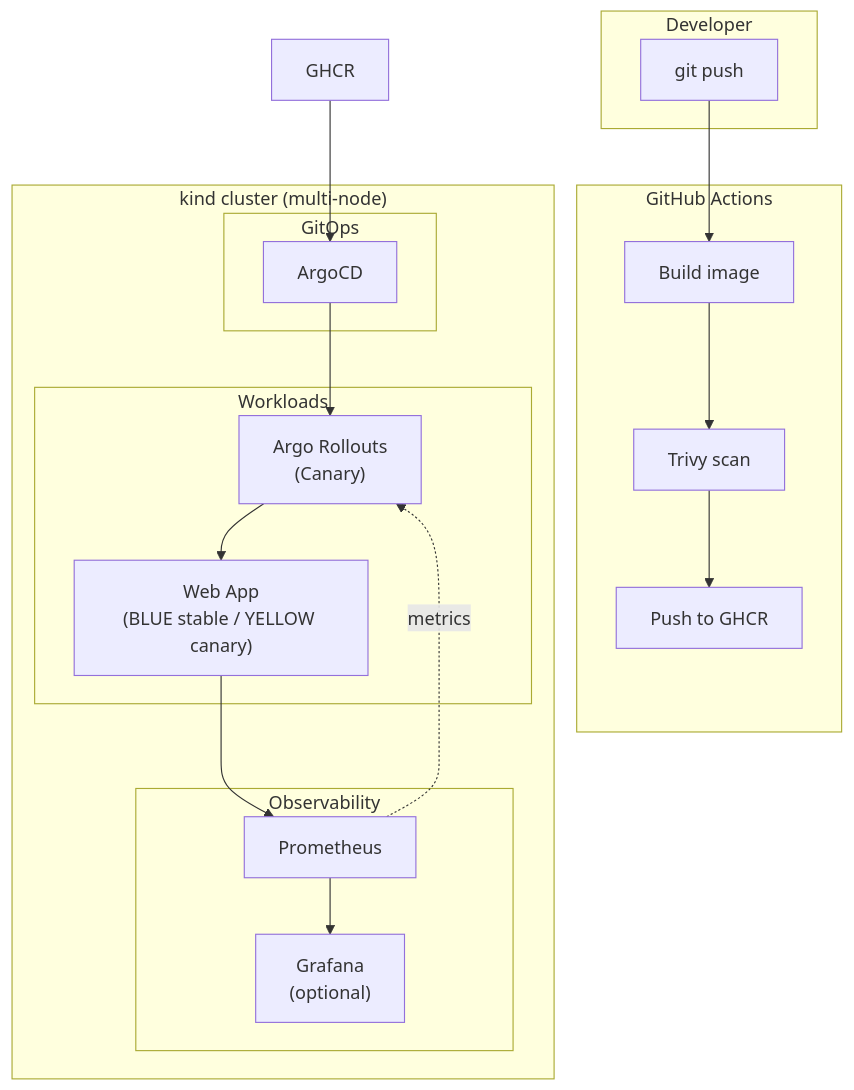
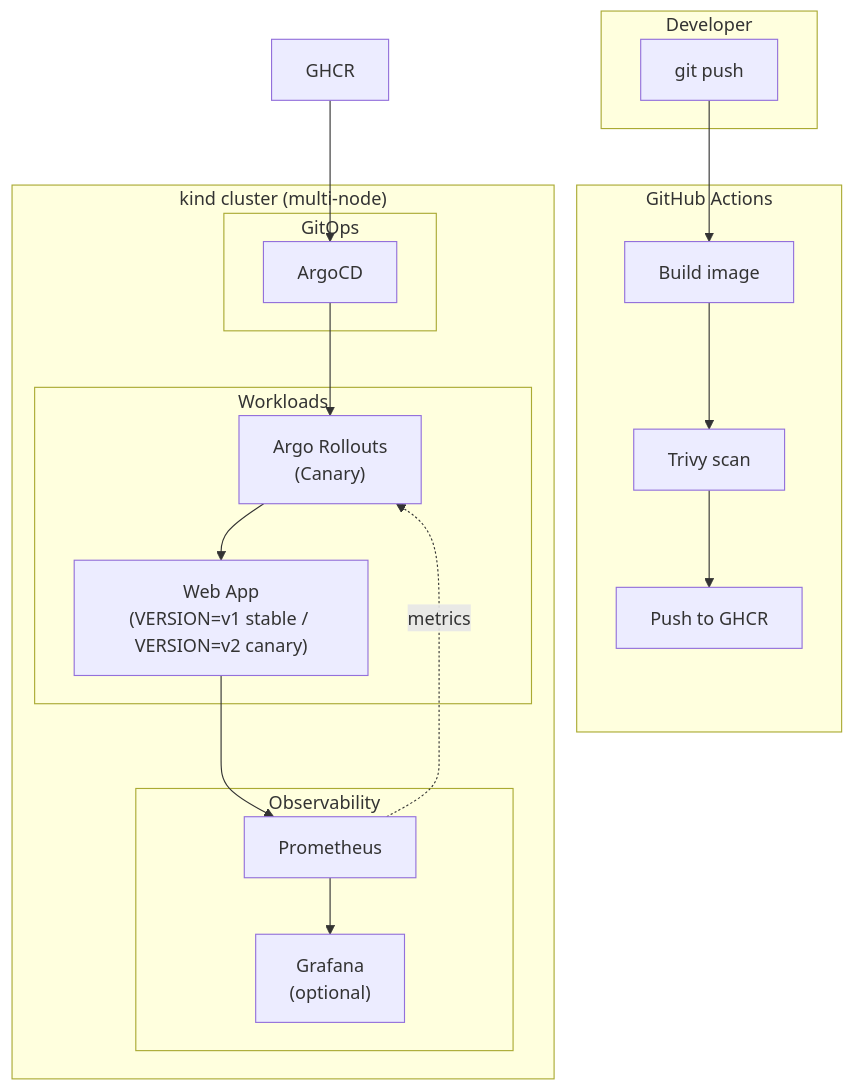
One commit to bullet-ant/k8s-canary-delivery-platform changed the first of 2 diagrams in requirements.md. Above: the diagram before and after it, drawn with Mermaid. The commit also changed other lines of this file and 9 other files, not shown here.

First line of the commit message:
feat: update canary demo to use version-based traffic visualization

````diff
--- a/requirements.md
+++ b/requirements.md
@@ -121,34 +121,34 @@
 ```mermaid
 flowchart TB
     subgraph Dev["Developer"]
         Push["git push"]
     end
 
     subgraph CI["GitHub Actions"]
         Build["Build image"]
         Trivy["Trivy scan"]
         PushGHCR["Push to GHCR"]
         Push --> Build --> Trivy --> PushGHCR
     end
 
     subgraph K8s["kind cluster (multi-node)"]
         subgraph GitOps["GitOps"]
             ArgoCD["ArgoCD"]
         end
         subgraph Apps["Workloads"]
             Rollout["Argo Rollouts\n(Canary)"]
-            App["Web App\n(BLUE stable / YELLOW canary)"]
+            App["Web App\n(VERSION=v1 stable / VERSION=v2 canary)"]
             Rollout --> App
         end
         subgraph Observability["Observability"]
             Prom["Prometheus"]
             Grafana["Grafana\n(optional)"]
             Prom --> Grafana
         end
         ArgoCD --> Rollout
         App --> Prom
     end
 
     GHCR["GHCR"] --> ArgoCD
     Prom -.->|"metrics"| Rollout
 ```
````
